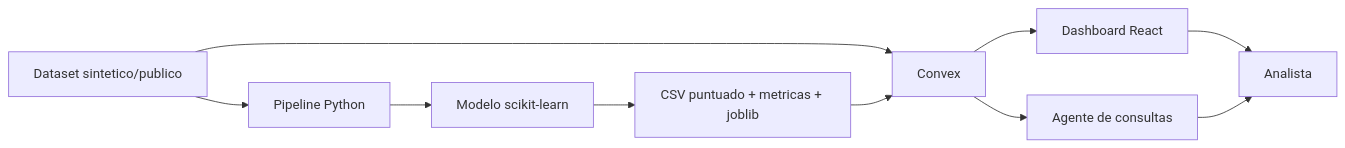
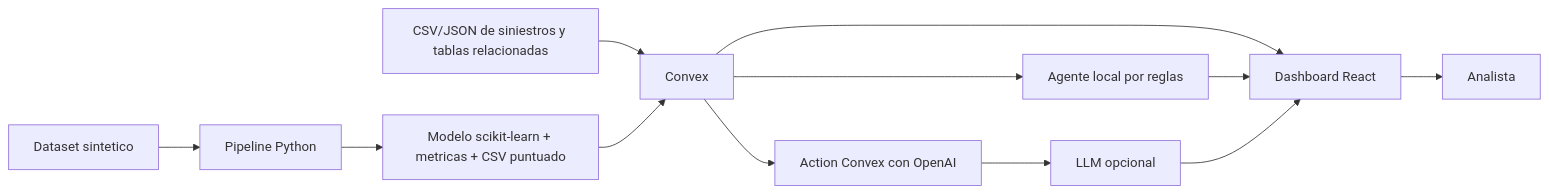
One commit to JohandryViles/hackiathon_aseguradora_sur changed the diagram in docs/arquitectura.md. Above: the diagram before and after it, drawn with Mermaid. The commit also changed other lines of this file and 7 other files, not shown here.

````diff
--- a/docs/arquitectura.md
+++ b/docs/arquitectura.md
@@ -11,12 +12,14 @@
 ```mermaid
 flowchart LR
-  A["Dataset sintetico/publico"] --> B["Pipeline Python"]
-  B --> C["Modelo scikit-learn"]
-  C --> D["CSV puntuado + metricas + joblib"]
-  A --> E["Convex"]
+  A["CSV/JSON de siniestros y tablas relacionadas"] --> E["Convex"]
+  B["Dataset sintetico"] --> C["Pipeline Python"]
+  C --> D["Modelo scikit-learn + metricas + CSV puntuado"]
   D --> E
   E --> F["Dashboard React"]
-  E --> G["Agente de consultas"]
+  E --> G["Agente local por reglas"]
+  E --> I["Action Convex con OpenAI"]
+  I --> J["LLM opcional"]
+  G --> F
+  J --> F
   F --> H["Analista"]
-  G --> H
 ```
````
